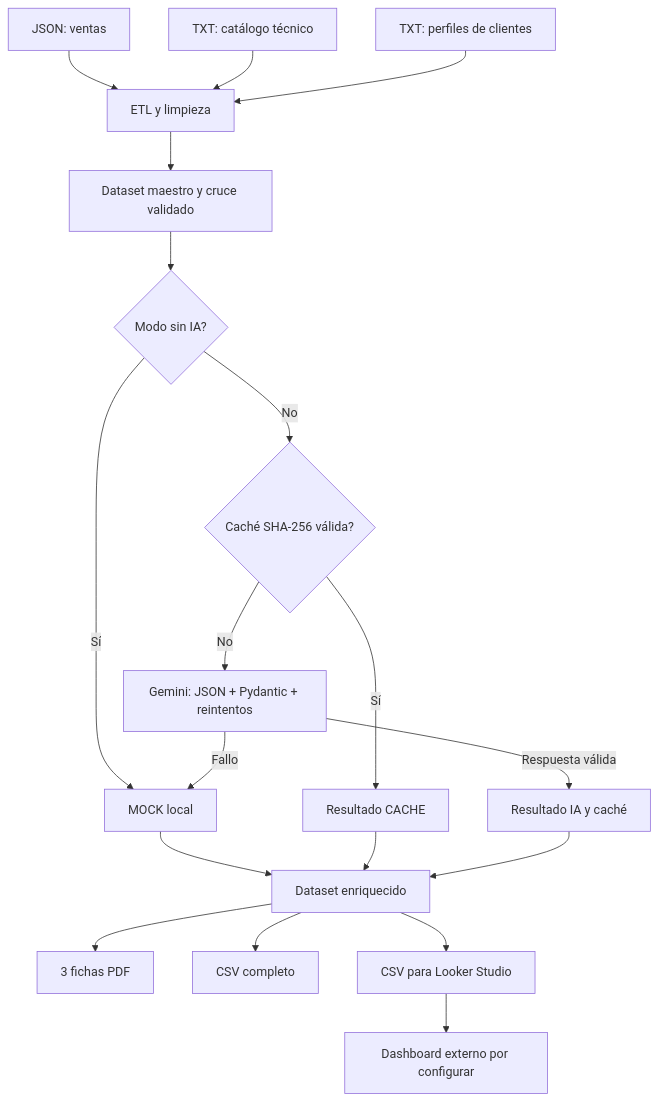
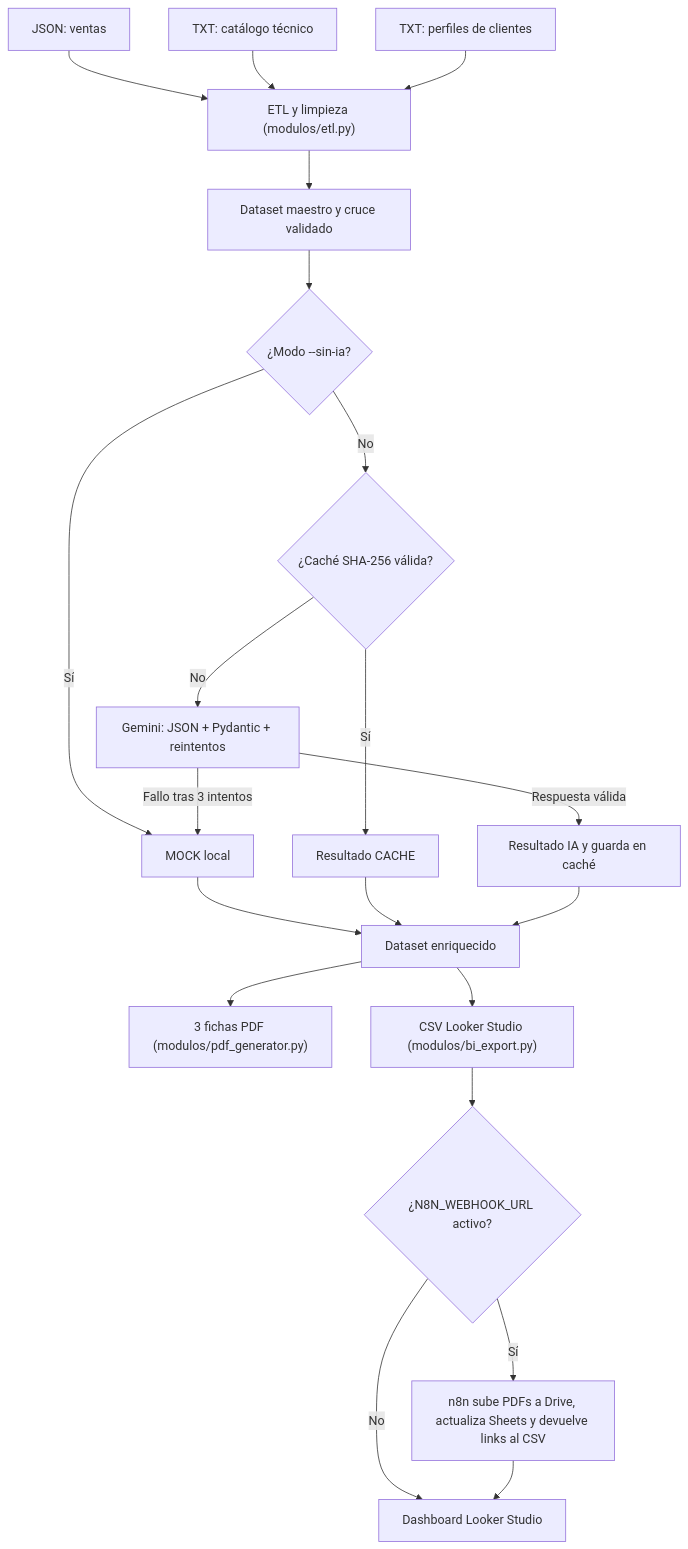
The diagram in README.md (aluminetor/talsa-transformacion-digital), drawn with Mermaid before and after one commit. The commit also changed other lines of this file, not shown here.

````diff
--- a/README.md
+++ b/README.md
@@ -178,21 +179,23 @@
 ```mermaid
 flowchart TD
-    A[JSON: ventas] --> D[ETL y limpieza]
-    B[TXT: catálogo técnico] --> D
-    C[TXT: perfiles de clientes] --> D
-    D --> E[Dataset maestro y cruce validado]
-    E --> F{Modo sin IA?}
-    F -->|Sí| G[MOCK local]
-    F -->|No| H{Caché SHA-256 válida?}
-    H -->|Sí| I[Resultado CACHE]
-    H -->|No| J[Gemini: JSON + Pydantic + reintentos]
-    J -->|Respuesta válida| K[Resultado IA y caché]
-    J -->|Fallo| G
-    G --> L[Dataset enriquecido]
+    A["JSON: ventas"] --> D["ETL y limpieza (modulos/etl.py)"]
+    B["TXT: catálogo técnico"] --> D
+    C["TXT: perfiles de clientes"] --> D
+    D --> E["Dataset maestro y cruce validado"]
+    E --> F{"¿Modo --sin-ia?"}
+    F -->|Sí| G["MOCK local"]
+    F -->|No| H{"¿Caché SHA-256 válida?"}
+    H -->|Sí| I["Resultado CACHE"]
+    H -->|No| J["Gemini: JSON + Pydantic + reintentos"]
+    J -->|Respuesta válida| K["Resultado IA y guarda en caché"]
+    J -->|Fallo tras 3 intentos| G
+    G --> L["Dataset enriquecido"]
     I --> L
     K --> L
-    L --> M[3 fichas PDF]
-    L --> N[CSV completo]
-    L --> O[CSV para Looker Studio]
-    O --> P[Dashboard externo por configurar]
+    L --> M["3 fichas PDF (modulos/pdf_generator.py)"]
+    L --> O["CSV Looker Studio (modulos/bi_export.py)"]
+    O --> N{"¿N8N_WEBHOOK_URL activo?"}
+    N -->|Sí| Q["n8n sube PDFs a Drive, actualiza Sheets y devuelve links al CSV"]
+    N -->|No| P["Dashboard Looker Studio"]
+    Q --> P
 ```
````
